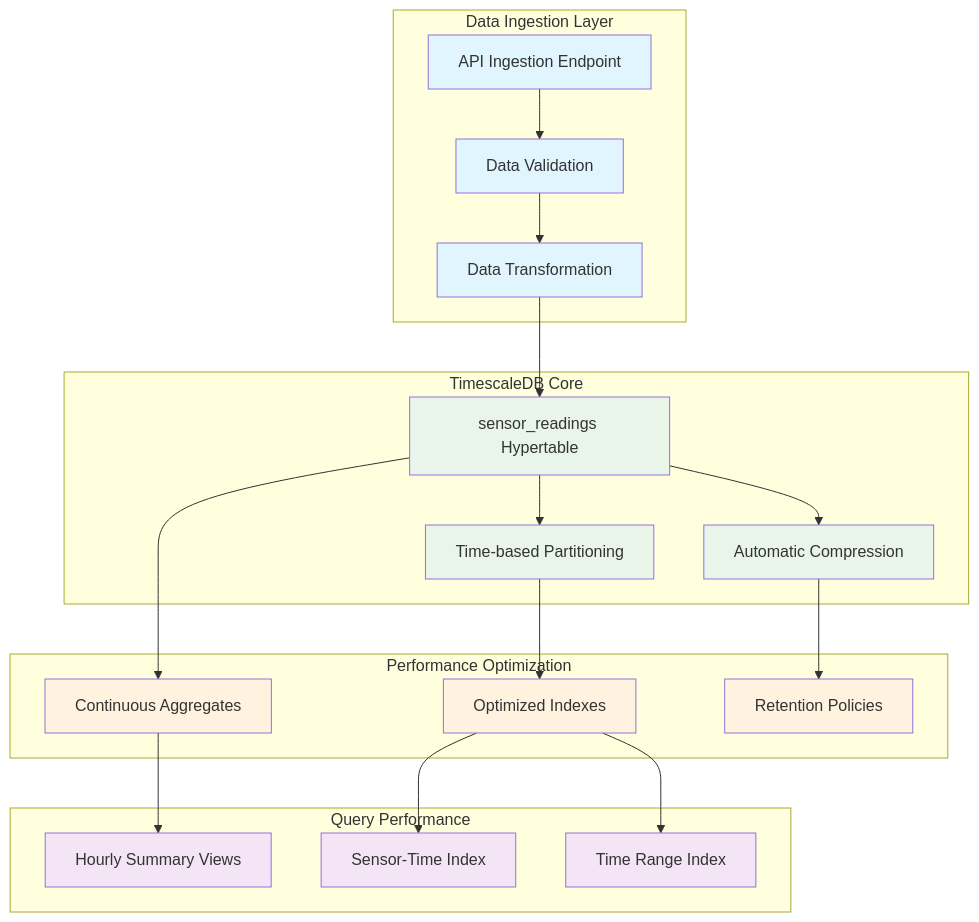
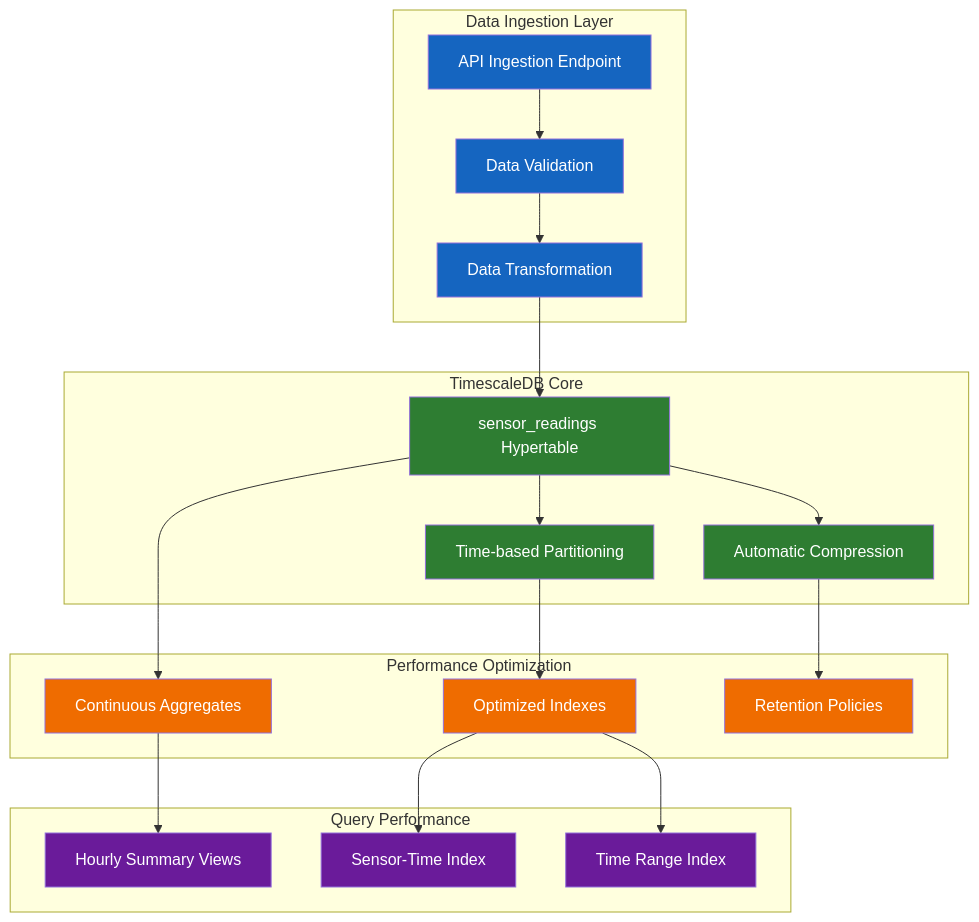
The fourth of 16 diagrams in smart-maintenance-saas/docs/SYSTEM_AND_ARCHITECTURE.md (YanCotta/enterprise_challenge_sprint_1_hermes_reply), drawn with Mermaid before and after one commit. The commit also changed other lines of this file, not shown here.

Commit message:
feat: update class definitions in architecture diagrams for improved clarity and consistency

````diff
--- a/smart-maintenance-saas/docs/SYSTEM_AND_ARCHITECTURE.md
+++ b/smart-maintenance-saas/docs/SYSTEM_AND_ARCHITECTURE.md
@@ -261,51 +261,51 @@
 ```mermaid
 graph TD
     subgraph "Data Ingestion Layer"
         API_INGEST[API Ingestion Endpoint]
         VALIDATION[Data Validation]
         TRANSFORM[Data Transformation]
     end
 
     subgraph "TimescaleDB Core"
         HYPERTABLE[sensor_readings Hypertable]
         COMPRESSION[Automatic Compression]
         PARTITIONING[Time-based Partitioning]
     end
 
     subgraph "Performance Optimization"
         CONT_AGG[Continuous Aggregates]
         INDEXES[Optimized Indexes]
         RETENTION[Retention Policies]
     end
 
     subgraph "Query Performance"
         HOURLY_VIEW[Hourly Summary Views]
         SENSOR_INDEX[Sensor-Time Index]
         TIME_INDEX[Time Range Index]
     end
 
     API_INGEST --> VALIDATION
     VALIDATION --> TRANSFORM
     TRANSFORM --> HYPERTABLE
 
     HYPERTABLE --> COMPRESSION
     HYPERTABLE --> PARTITIONING
     HYPERTABLE --> CONT_AGG
 
     CONT_AGG --> HOURLY_VIEW
     INDEXES --> SENSOR_INDEX
     INDEXES --> TIME_INDEX
 
     COMPRESSION --> RETENTION
     PARTITIONING --> INDEXES
 
-    classDef ingestion fill:#e1f5fe
-    classDef core fill:#e8f5e8
-    classDef optimization fill:#fff3e0
-    classDef performance fill:#f3e5f5
+    classDef ingestion fill:#1565C0,color:#ffffff
+    classDef core fill:#2E7D32,color:#ffffff
+    classDef optimization fill:#EF6C00,color:#ffffff
+    classDef performance fill:#6A1B9A,color:#ffffff
 
     class API_INGEST,VALIDATION,TRANSFORM ingestion
     class HYPERTABLE,COMPRESSION,PARTITIONING core
     class CONT_AGG,INDEXES,RETENTION optimization
     class HOURLY_VIEW,SENSOR_INDEX,TIME_INDEX performance
 ```
````
